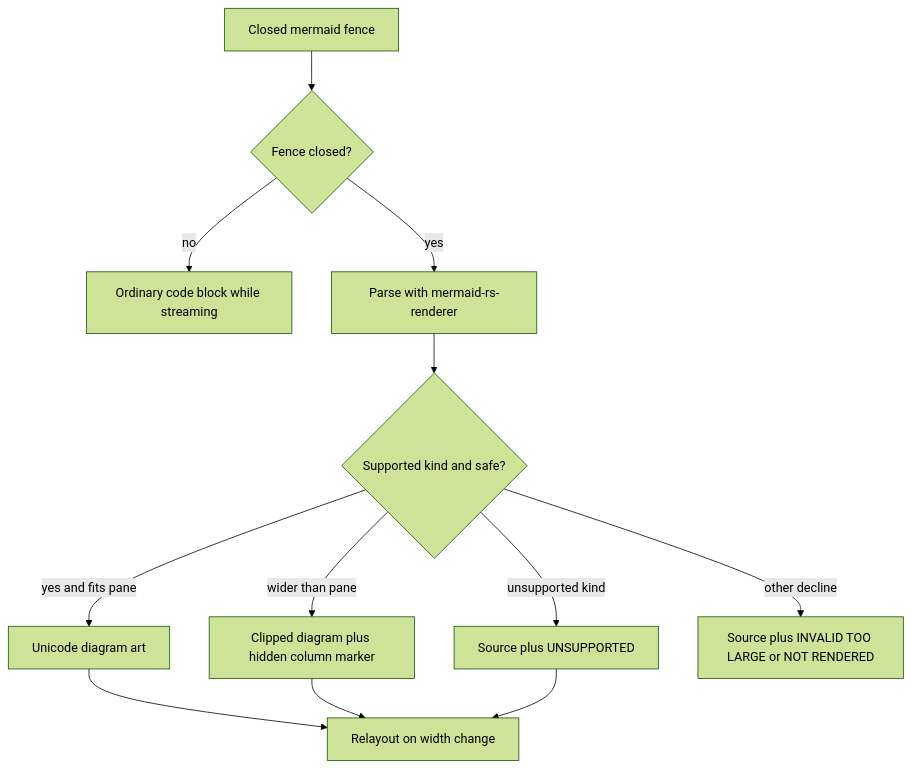
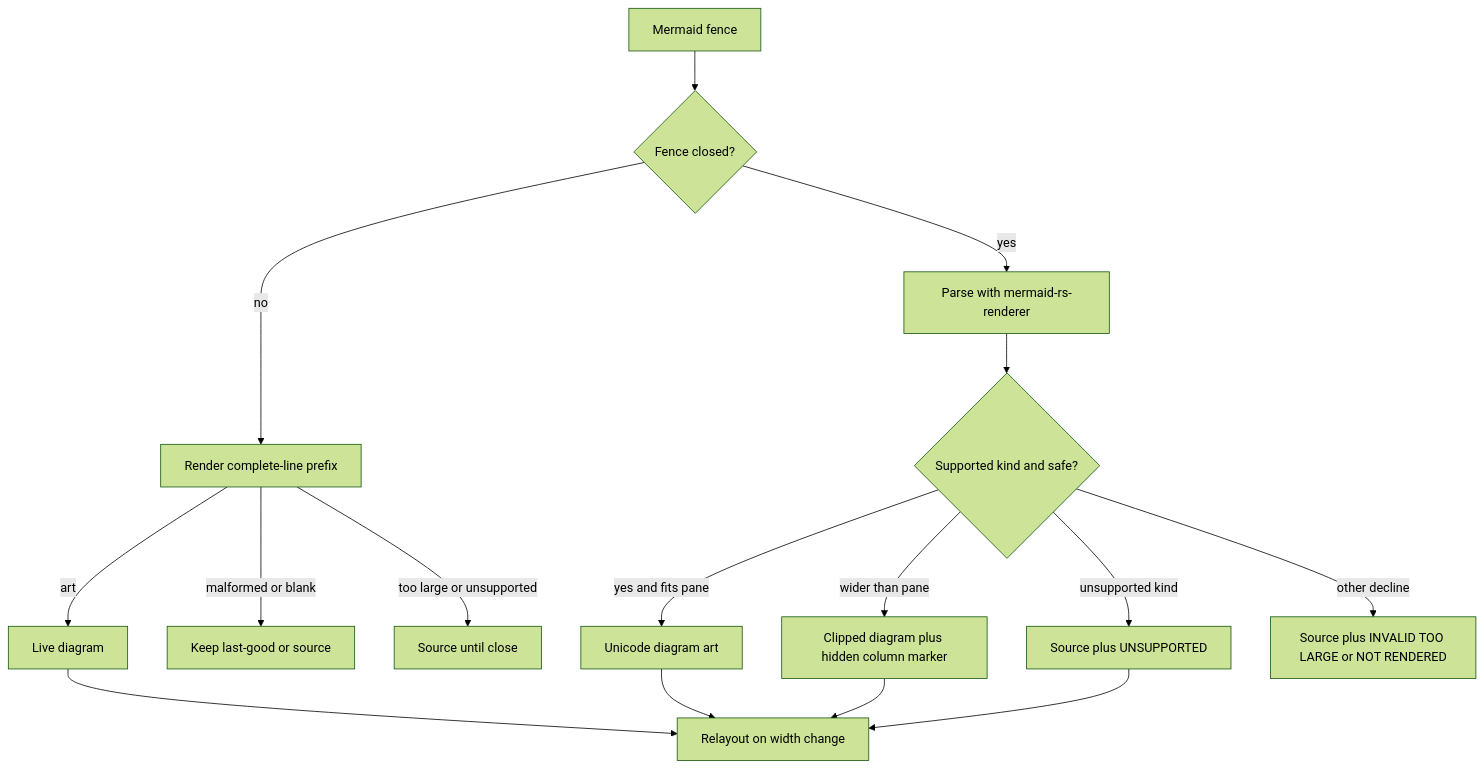
Before and after one commit to matthewyjiang/rho: the diagram in docs/interactive-tui/mermaid.md, drawn with Mermaid (forest theme). The commit also changed other lines of this file and 9 other files, not shown here.

First line of the commit message:
feat(tui): stream mermaid diagrams as they arrive instead of popping in at fence close (#1085)

````diff
--- a/docs/interactive-tui/mermaid.md
+++ b/docs/interactive-tui/mermaid.md
@@ -11,14 +12,18 @@
 ```mermaid
 flowchart TD
-    fence[Closed mermaid fence] --> closed{Fence closed?}
-    closed -->|no| code[Ordinary code block while streaming]
+    fence[Mermaid fence] --> closed{Fence closed?}
+    closed -->|no| prefix[Render complete-line prefix]
+    prefix -->|art| live[Live diagram]
+    prefix -->|malformed or blank| keep[Keep last-good or source]
+    prefix -->|too large or unsupported| source[Source until close]
     closed -->|yes| parse[Parse with mermaid-rs-renderer]
     parse --> kind{Supported kind and safe?}
     kind -->|yes and fits pane| art[Unicode diagram art]
     kind -->|wider than pane| clip[Clipped diagram plus hidden column marker]
     kind -->|unsupported kind| raw[Source plus UNSUPPORTED]
     kind -->|other decline| other[Source plus INVALID TOO LARGE or NOT RENDERED]
-    art --> resize[Relayout on width change]
+    live --> resize[Relayout on width change]
+    art --> resize
     clip --> resize
     raw --> resize
 ```
````
